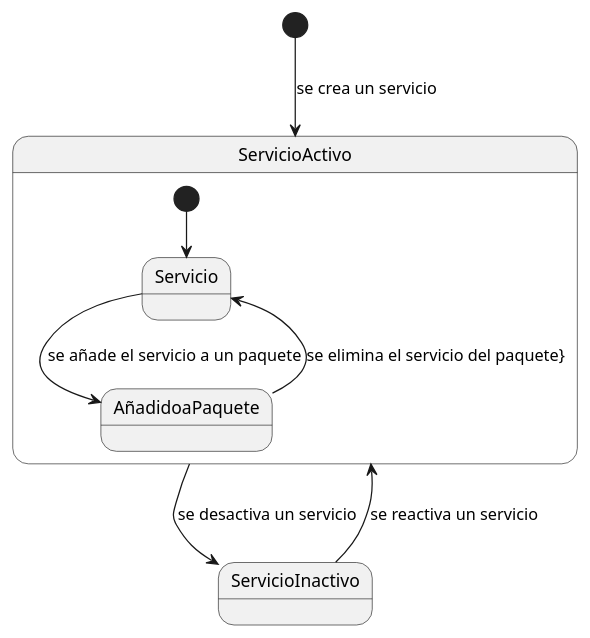
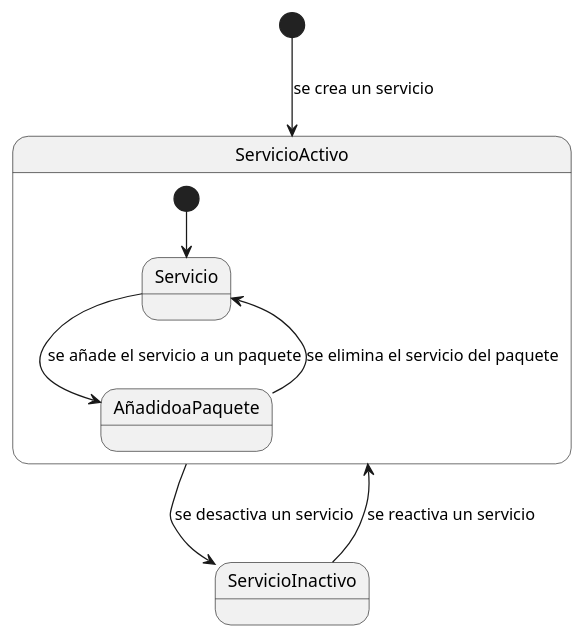
Before and after one commit to mmasias/23-24-IdSw1-SDR: the diagram in Modelo_de_Dominio/Diagramas_de_Estado/Cuarta_Iteración/Servicios/Diagrama_de_Estados_Servicios.puml, drawn with PlantUML. The commit also changed 25 other files, not shown here.

```diff
--- a/Modelo_de_Dominio/Diagramas_de_Estado/Cuarta_Iteración/Servicios/Diagrama_de_Estados_Servicios.puml
+++ b/Modelo_de_Dominio/Diagramas_de_Estado/Cuarta_Iteración/Servicios/Diagrama_de_Estados_Servicios.puml
@@ -1,11 +1,12 @@
 [*] --> ServicioActivo : se crea un servicio
 
 ServicioActivo--> ServicioInactivo : se desactiva un servicio
 ServicioInactivo--> ServicioActivo : se reactiva un servicio
 State ServicioActivo{
 [*]-->Servicio
 Servicio-->AñadidoaPaquete :se añade el servicio a un paquete
-AñadidoaPaquete --> Servicio : se elimina el servicio del paquete}
+AñadidoaPaquete --> Servicio : se elimina el servicio del paquete
+}
 
 
 @enduml
```
